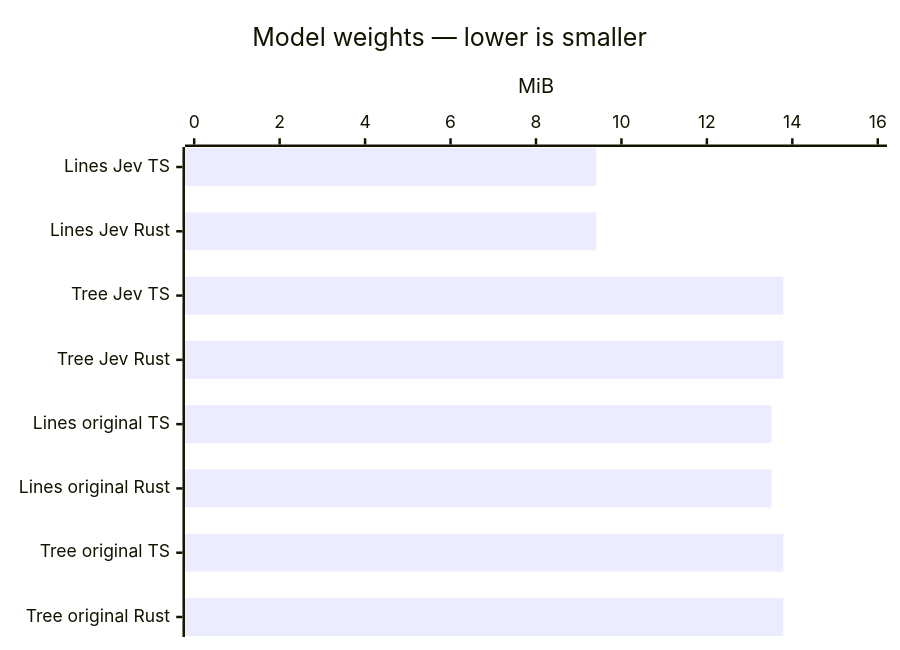
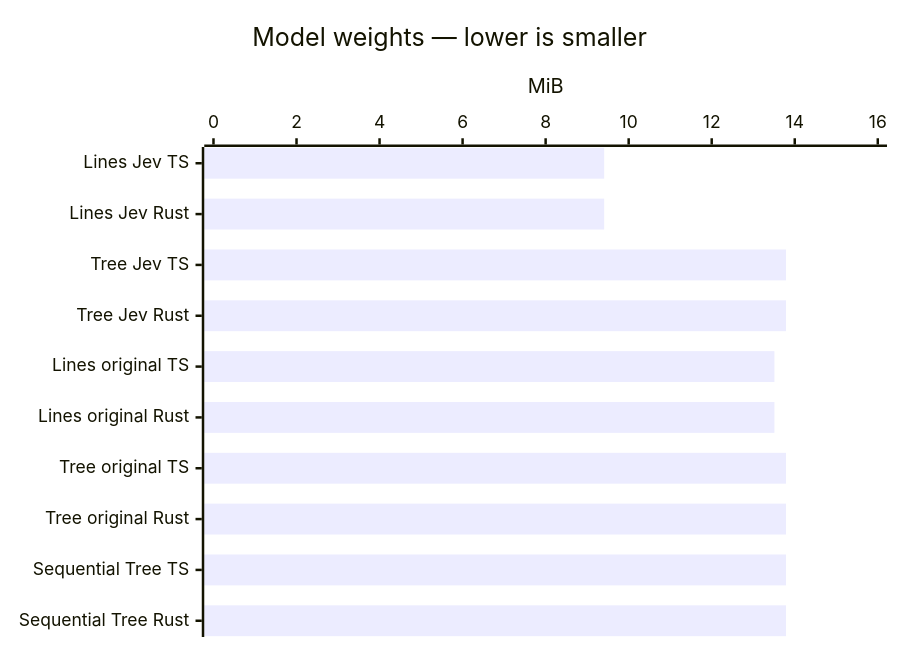
Diagram 13 of 17 in docs/benchmark.md (kossnocorp/spacer), drawn with Mermaid before and after one commit. The commit also changed other lines of this file and 33 other files, not shown here.

````diff
--- a/docs/benchmark.md
+++ b/docs/benchmark.md
@@ -133,7 +173,7 @@
 ```mermaid
 xychart-beta horizontal
   title "Model weights — lower is smaller"
-  x-axis ["Lines Jev TS", "Lines Jev Rust", "Tree Jev TS", "Tree Jev Rust", "Lines original TS", "Lines original Rust", "Tree original TS", "Tree original Rust"]
+  x-axis ["Lines Jev TS", "Lines Jev Rust", "Tree Jev TS", "Tree Jev Rust", "Lines original TS", "Lines original Rust", "Tree original TS", "Tree original Rust", "Sequential Tree TS", "Sequential Tree Rust"]
   y-axis "MiB" 0 --> 16
-  bar [9.41, 9.41, 13.79, 13.79, 13.51, 13.51, 13.79, 13.79]
+  bar [9.41, 9.41, 13.79, 13.79, 13.51, 13.51, 13.79, 13.79, 13.79, 13.79]
 ```
````
